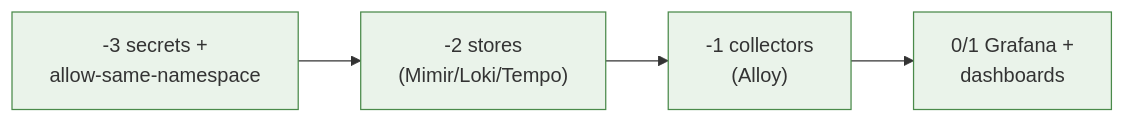
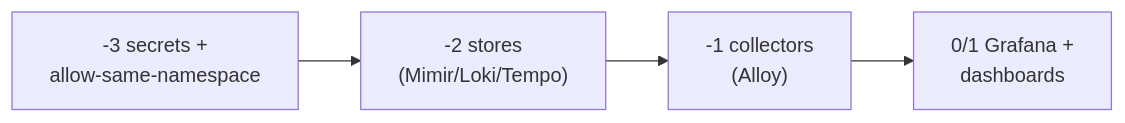
The fourth of 4 diagrams in docs/architecture/08-observability.md (ADORSYS-GIS/ai-helm), drawn with Mermaid before and after one commit. The commit also changed other lines of this file and 13 other files, not shown here.

First line of the commit message:
docs(architecture): uncolor all mermaid; refresh CD/components; add diagrams

````diff
--- a/docs/architecture/08-observability.md
+++ b/docs/architecture/08-observability.md
@@ -151,6 +147,4 @@
 ```mermaid
 flowchart LR
     S["-3 secrets +<br/>allow-same-namespace"] --> ST["-2 stores<br/>(Mimir/Loki/Tempo)"] --> C["-1 collectors<br/>(Alloy)"] --> V["0/1 Grafana +<br/>dashboards"]
-    classDef w fill:#eaf3ea,stroke:#4a8a4a;
-    class S,ST,C,V w;
 ```
````
